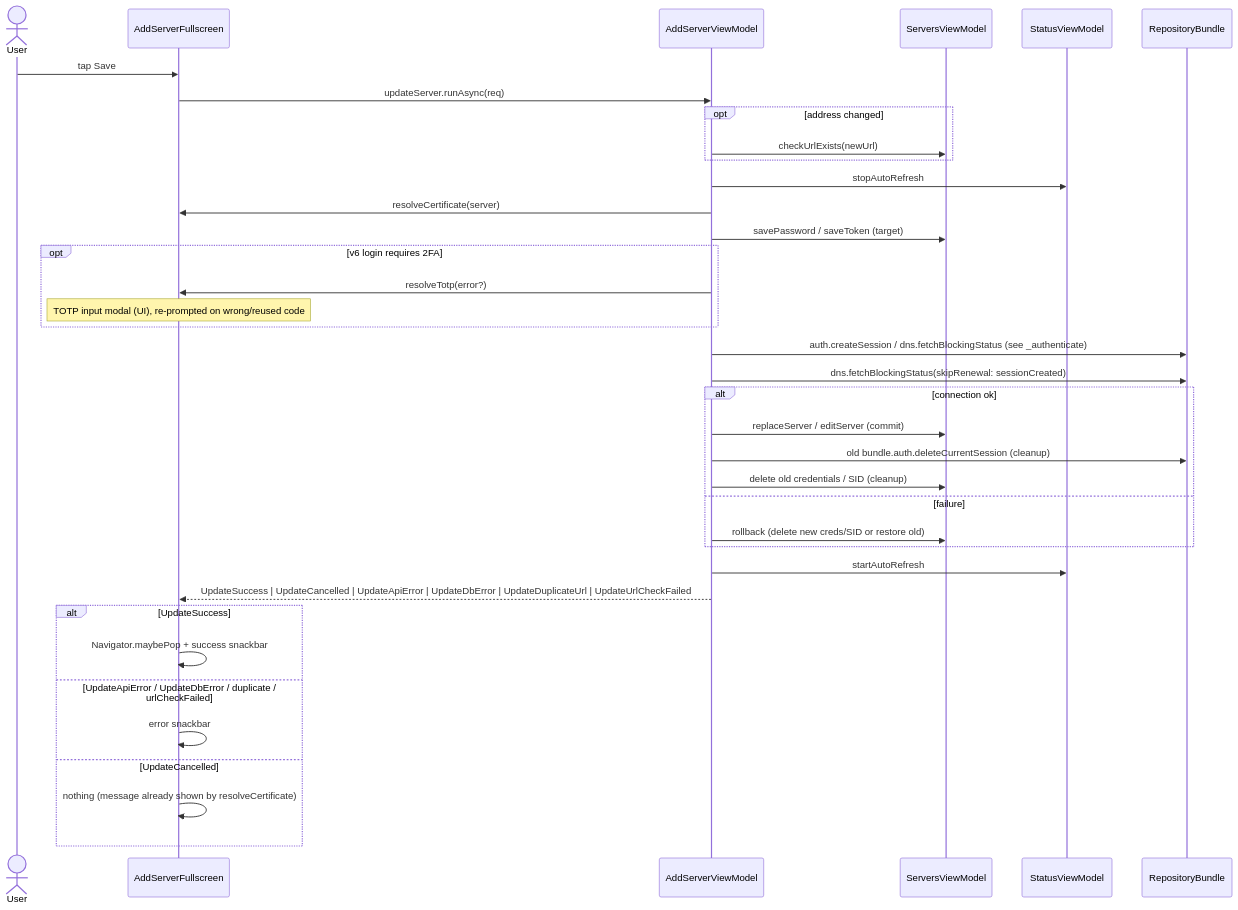
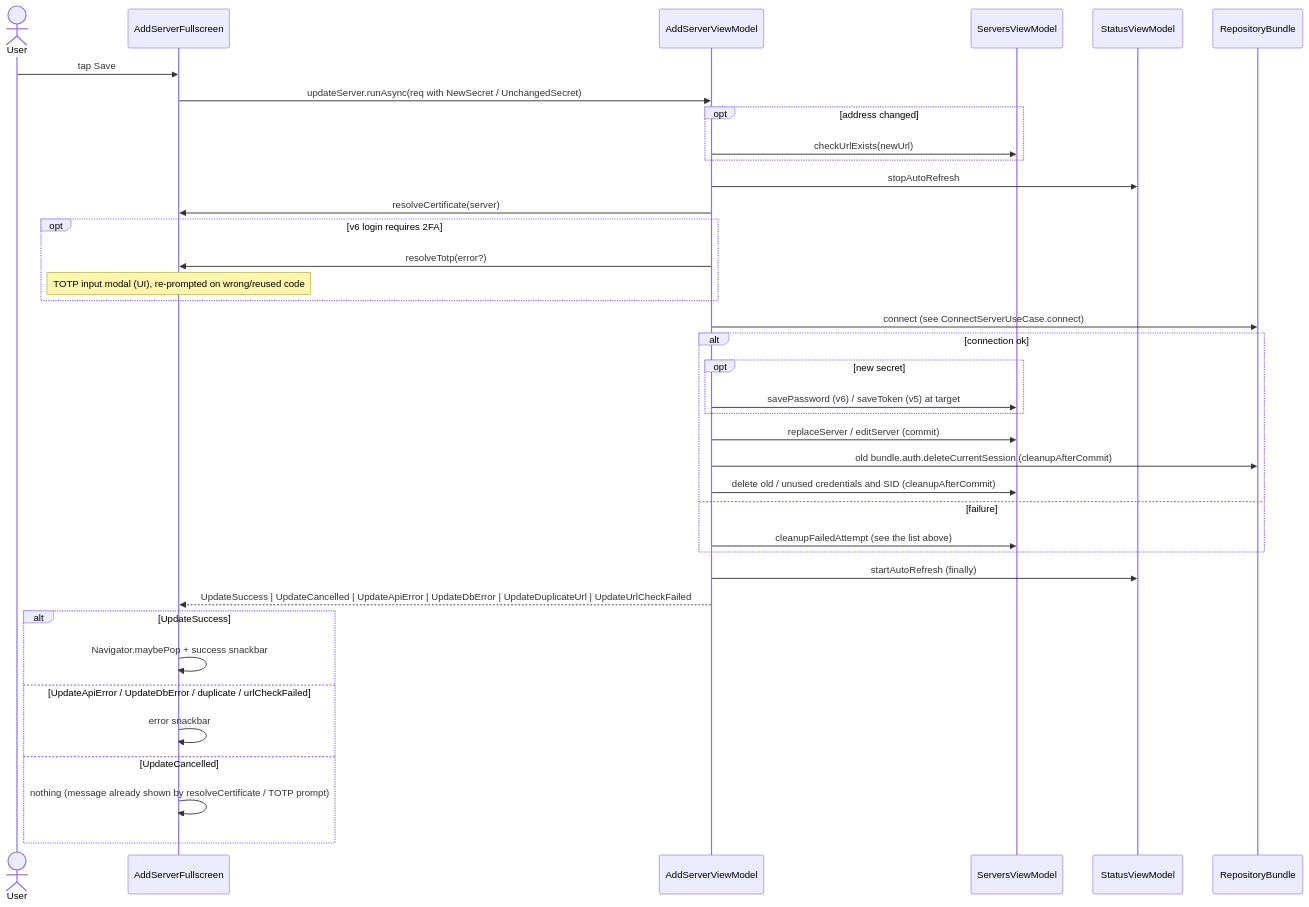
One commit to tsutsu3/pi-hole-client changed the eighth of 8 diagrams in docs/server-connection-flow.md. Above: the diagram before and after it, drawn with Mermaid. The commit also changed other lines of this file and 23 other files, not shown here.

Commit message:
refactor(servers): save credentials only after the connection check (#772)

````diff
--- a/docs/server-connection-flow.md
+++ b/docs/server-connection-flow.md
@@ -231,40 +286,41 @@
 ```mermaid
 sequenceDiagram
   actor U as User
   participant W as AddServerFullscreen
   participant VM as AddServerViewModel
   participant SV as ServersViewModel
   participant ST as StatusViewModel
   participant B as RepositoryBundle
 
   U->>W: tap Save
-  W->>VM: updateServer.runAsync(req)
+  W->>VM: updateServer.runAsync(req with NewSecret / UnchangedSecret)
   opt address changed
     VM->>SV: checkUrlExists(newUrl)
   end
   VM->>ST: stopAutoRefresh
   VM->>W: resolveCertificate(server)
-  VM->>SV: savePassword / saveToken (target)
   opt v6 login requires 2FA
     VM->>W: resolveTotp(error?)
     Note over W: TOTP input modal (UI), re-prompted on wrong/reused code
   end
-  VM->>B: auth.createSession / dns.fetchBlockingStatus (see _authenticate)
-  VM->>B: dns.fetchBlockingStatus(skipRenewal: sessionCreated)
+  VM->>B: connect (see ConnectServerUseCase.connect)
   alt connection ok
+    opt new secret
+      VM->>SV: savePassword (v6) / saveToken (v5) at target
+    end
     VM->>SV: replaceServer / editServer (commit)
-    VM->>B: old bundle.auth.deleteCurrentSession (cleanup)
-    VM->>SV: delete old credentials / SID (cleanup)
+    VM->>B: old bundle.auth.deleteCurrentSession (cleanupAfterCommit)
+    VM->>SV: delete old / unused credentials and SID (cleanupAfterCommit)
   else failure
-    VM->>SV: rollback (delete new creds/SID or restore old)
+    VM->>SV: cleanupFailedAttempt (see the list above)
   end
-  VM->>ST: startAutoRefresh
+  VM->>ST: startAutoRefresh (finally)
   VM-->>W: UpdateSuccess | UpdateCancelled | UpdateApiError | UpdateDbError | UpdateDuplicateUrl | UpdateUrlCheckFailed
   alt UpdateSuccess
     W->>W: Navigator.maybePop + success snackbar
   else UpdateApiError / UpdateDbError / duplicate / urlCheckFailed
     W->>W: error snackbar
   else UpdateCancelled
-    W->>W: nothing (message already shown by resolveCertificate)
+    W->>W: nothing (message already shown by resolveCertificate / TOTP prompt)
   end
 ```
````
